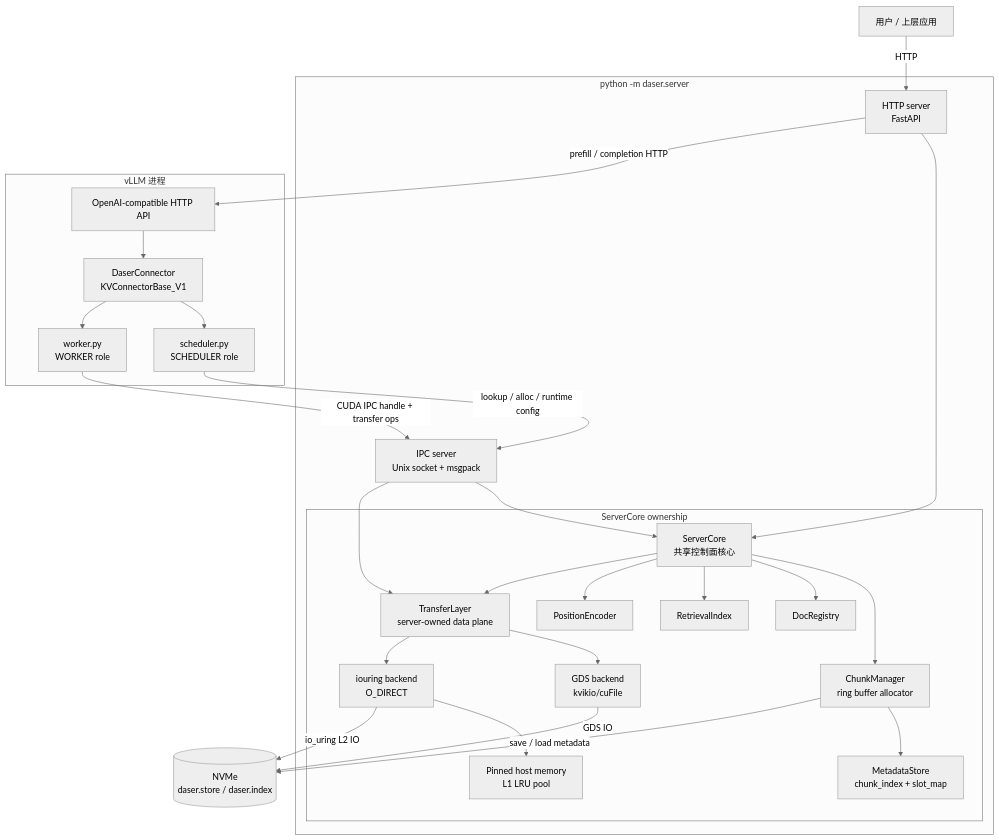
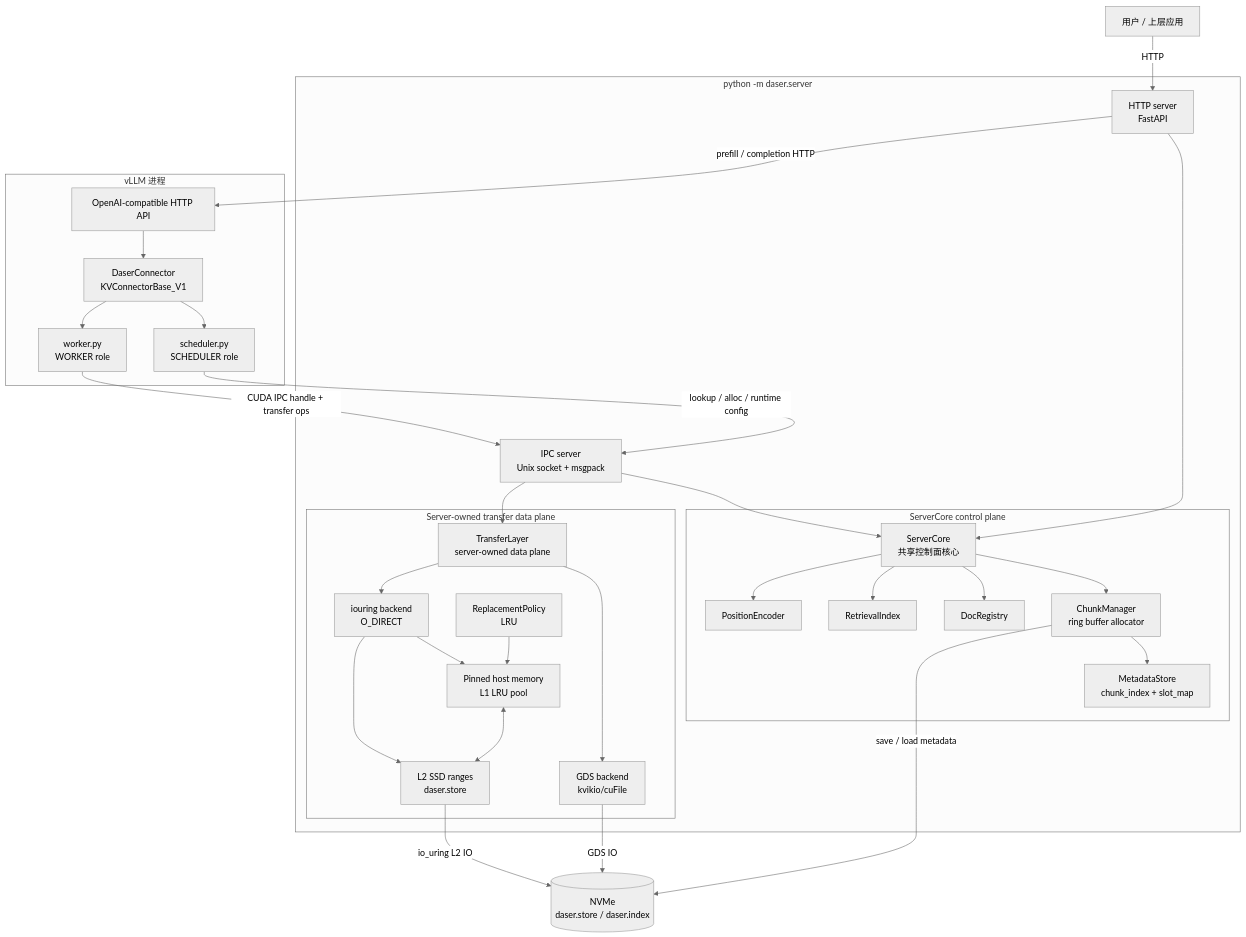
The first of 2 diagrams in docs/design/architecture.md (GentleCold/DaseR), drawn with Mermaid (neutral theme) before and after one commit. The commit also changed other lines of this file and 1 other file, not shown here.

First line of the commit message:
docs(design): clarify server core and transfer ownership

````diff
--- a/docs/design/architecture.md
+++ b/docs/design/architecture.md
@@ -11,56 +11,64 @@
 ```mermaid
 graph TB
     User["用户 / 上层应用"]
 
     subgraph server["python -m daser.server"]
         HTTP["HTTP server<br/>FastAPI"]
         IPC["IPC server<br/>Unix socket + msgpack"]
-        subgraph core_owner["ServerCore ownership"]
+        subgraph core_owner["ServerCore control plane"]
             CORE["ServerCore<br/>共享控制面核心"]
             CM["ChunkManager<br/>ring buffer allocator"]
             MS["MetadataStore<br/>chunk_index + slot_map"]
             DR["DocRegistry"]
             RI["RetrievalIndex"]
             PE["PositionEncoder"]
-            TL["TransferLayer<br/>server-owned data plane"]
-            GDS["GDS backend<br/>kvikio/cuFile"]
-            IOR["iouring backend<br/>O_DIRECT"]
-            L1["Pinned host memory<br/>L1 LRU pool"]
 
             CORE --> CM
             CORE --> DR
             CORE --> RI
             CORE --> PE
-            CORE --> TL
             CM --> MS
+        end
+
+        subgraph transfer_owner["Server-owned transfer data plane"]
+            TL["TransferLayer<br/>server-owned data plane"]
+            GDS["GDS backend<br/>kvikio/cuFile"]
+            IOR["iouring backend<br/>O_DIRECT"]
+            L1["Pinned host memory<br/>L1 LRU pool"]
+            RP["ReplacementPolicy<br/>LRU"]
+            L2["L2 SSD ranges<br/>daser.store"]
+
             TL --> GDS
             TL --> IOR
             IOR --> L1
+            RP --> L1
+            L1 <--> L2
+            IOR --> L2
         end
 
         HTTP --> CORE
         IPC --> CORE
         IPC --> TL
     end
 
     subgraph vllm["vLLM 进程"]
         VAPI["OpenAI-compatible HTTP API"]
         DC["DaserConnector<br/>KVConnectorBase_V1"]
         SCHED["scheduler.py<br/>SCHEDULER role"]
         WORKER["worker.py<br/>WORKER role"]
 
         VAPI --> DC
         DC --> SCHED
         DC --> WORKER
     end
 
     NVMe[("NVMe<br/>daser.store / daser.index")]
 
     User -- "HTTP" --> HTTP
     HTTP -- "prefill / completion HTTP" --> VAPI
     SCHED -- "lookup / alloc / runtime config" --> IPC
     WORKER -- "CUDA IPC handle + transfer ops" --> IPC
     GDS -- "GDS IO" --> NVMe
-    IOR -- "io_uring L2 IO" --> NVMe
+    L2 -- "io_uring L2 IO" --> NVMe
     CM -- "save / load metadata" --> NVMe
 ```
````
